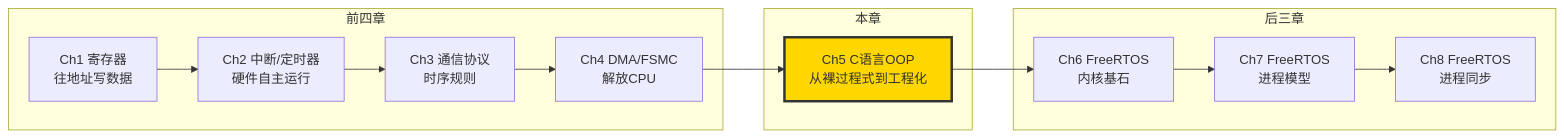
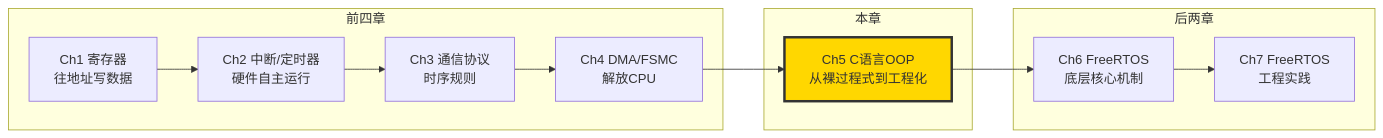
Before and after one commit to MosyuSora/STM32F4Learning: the first of 5 diagrams in tutorials/Chapter5_C语言面向对象工程架构基础/Chapter5_C语言面向对象工程架构基础.md, drawn with Mermaid. The commit also changed other lines of this file and 31 other files, not shown here.

````diff
--- a/tutorials/Chapter5_C语言面向对象工程架构基础/Chapter5_C语言面向对象工程架构基础.md
+++ b/tutorials/Chapter5_C语言面向对象工程架构基础/Chapter5_C语言面向对象工程架构基础.md
@@ -63,25 +63,24 @@
 ```mermaid
 flowchart LR
     subgraph 前四章
         ch1["Ch1 寄存器<br/>往地址写数据"]
         ch2["Ch2 中断/定时器<br/>硬件自主运行"]
         ch3["Ch3 通信协议<br/>时序规则"]
         ch4["Ch4 DMA/FSMC<br/>解放CPU"]
     end
 
     subgraph 本章
         ch5["Ch5 C语言OOP<br/>从裸过程式到工程化"]
     end
 
-    subgraph 后三章
-        ch6["Ch6 FreeRTOS<br/>内核基石"]
-        ch7["Ch7 FreeRTOS<br/>进程模型"]
-        ch8["Ch8 FreeRTOS<br/>进程同步"]
+    subgraph 后两章
+        ch6["Ch6 FreeRTOS<br/>底层核心机制"]
+        ch7["Ch7 FreeRTOS<br/>工程实践"]
     end
 
     ch1 --> ch2 --> ch3 --> ch4
     ch4 --> ch5
-    ch5 --> ch6 --> ch7 --> ch8
+    ch5 --> ch6 --> ch7
 
     style ch5 fill:#FFD700,stroke:#333,stroke-width:3px
 ```
````
